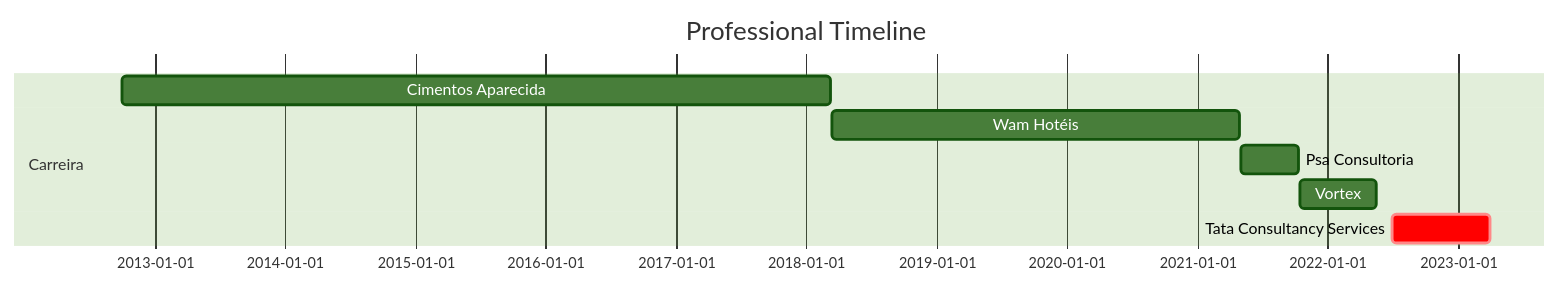
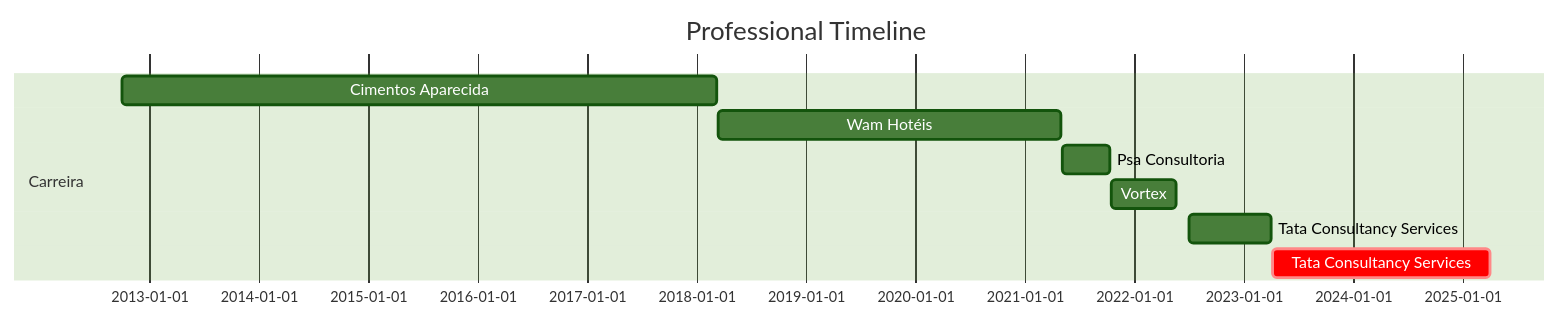
One commit to Robisonnunes/RobisonNunes changed the diagram in README.md. Above: the diagram before and after it, drawn with Mermaid (forest theme). The commit also changed other lines of this file, not shown here.

````diff
--- a/README.md
+++ b/README.md
@@ -15,14 +15,14 @@
 ```mermaid
 
 gantt
 dateFormat  YYYY-MM-DD
 title Professional Timeline
 
 section Carreira
 Cimentos Aparecida    :2012-10-01,2018-03-10
 Wam Hotéis            :2018-03-13,2021-04-30
 Psa Consultoria       :2021-05-03,2021-10-12
 Vortex                :2021-10-15,2022-05-19
-Tata Consultancy Services :crit,2022-07-01,2023-04-01
-
+Tata Consultancy Services :2022-07-01,2023-04-01
+Tata Consultancy Services :crit,2023-04-06,2025-03-31
 ```
````
